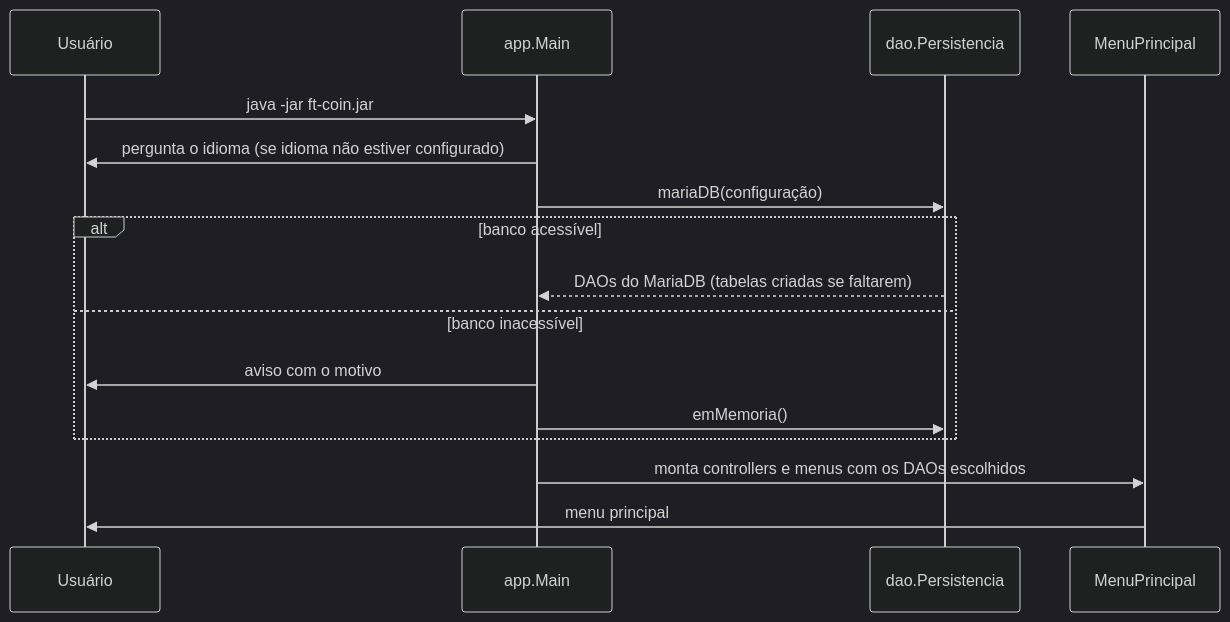
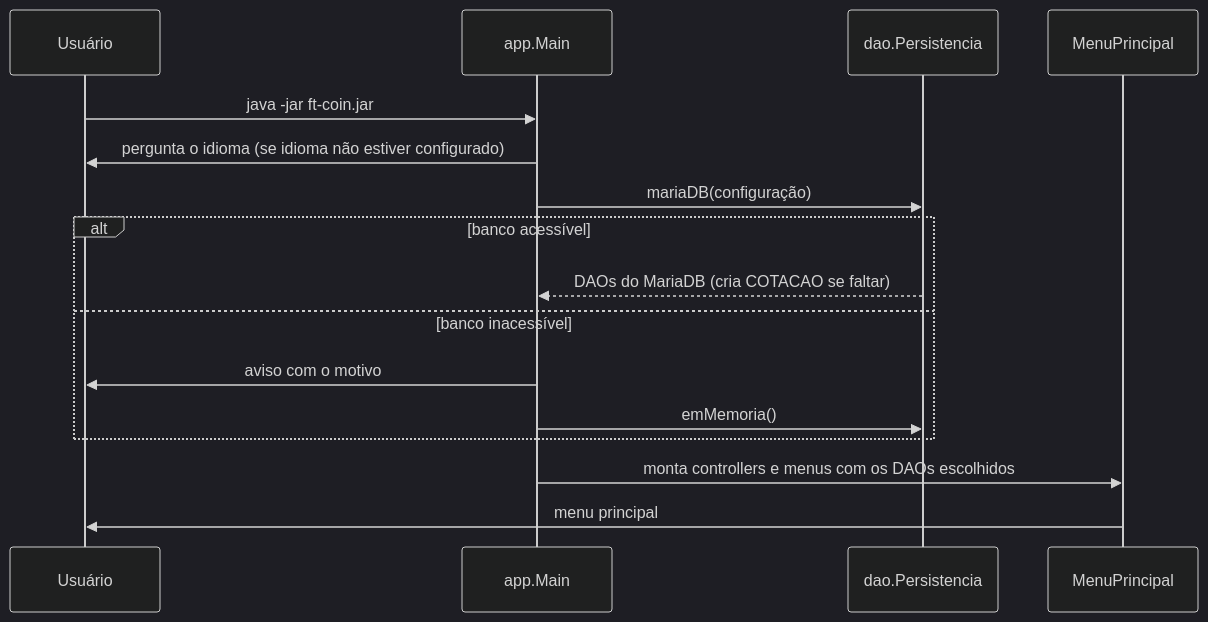
Before and after one commit to CassianoBorborema/FT_Coin: the second of 3 diagrams in docs/fluxo-carteira.md, drawn with Mermaid (dark theme). The commit also changed 33 other files, not shown here.

````diff
--- a/docs/fluxo-carteira.md
+++ b/docs/fluxo-carteira.md
@@ -56,19 +56,19 @@
 ```mermaid
 sequenceDiagram
     participant U as Usuário
     participant Main as app.Main
     participant P as dao.Persistencia
     participant MP as MenuPrincipal
 
     U->>Main: java -jar ft-coin.jar
     Main->>U: pergunta o idioma (se idioma não estiver configurado)
     Main->>P: mariaDB(configuração)
     alt banco acessível
-        P-->>Main: DAOs do MariaDB (tabelas criadas se faltarem)
+        P-->>Main: DAOs do MariaDB (cria COTACAO se faltar)
     else banco inacessível
         Main->>U: aviso com o motivo
         Main->>P: emMemoria()
     end
     Main->>MP: monta controllers e menus com os DAOs escolhidos
     MP->>U: menu principal
 ```
````
